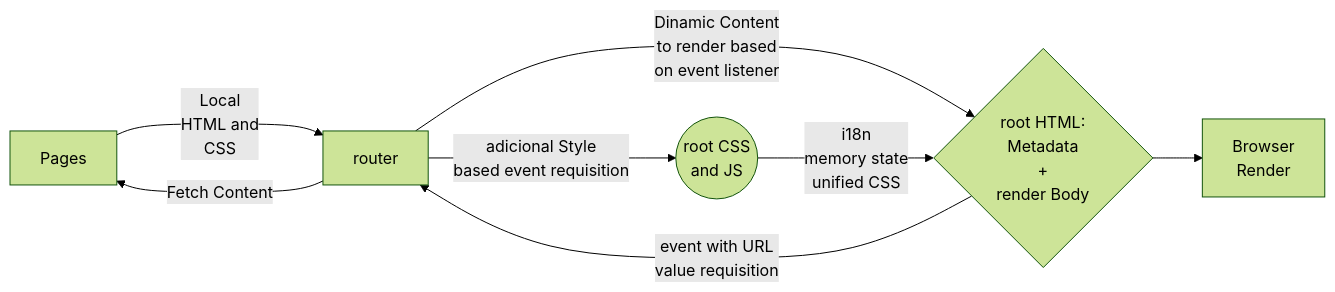
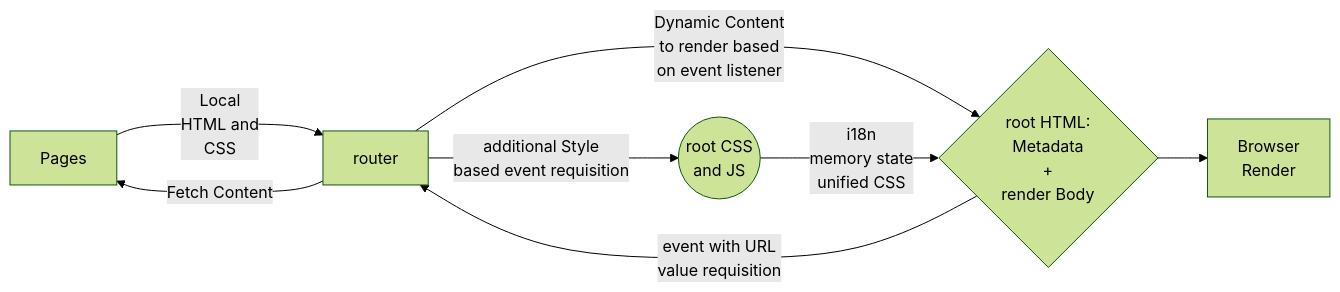
The diagram in readme.md (ArlessonMoura/portfolio), drawn with Mermaid (forest theme) before and after one commit. The commit also changed other lines of this file, not shown here.

````diff
--- a/readme.md
+++ b/readme.md
@@ -12,12 +16,12 @@
 ```mermaid
 graph LR
 
 A[Pages] -- Local<br> HTML and<br> CSS ---> B[router]
 B -- Fetch Content --> A
-B -- Dinamic Content<br> to render based<br> on event listener ---> C{root HTML:<br> Metadata<br> +<br> render Body}
+B -- Dynamic Content<br> to render based<br> on event listener ---> C{root HTML:<br> Metadata<br> +<br> render Body}
 C -- event with URL<br> value requisition --> B
 D((root CSS<br> and JS)) -- i18n<br> memory state<br> unified CSS --> C
-B -- adicional Style<br> based event requisition --> D
+B -- additional Style<br> based event requisition --> D
 C --> E[Browser<br> Render]
 
 ```
````
